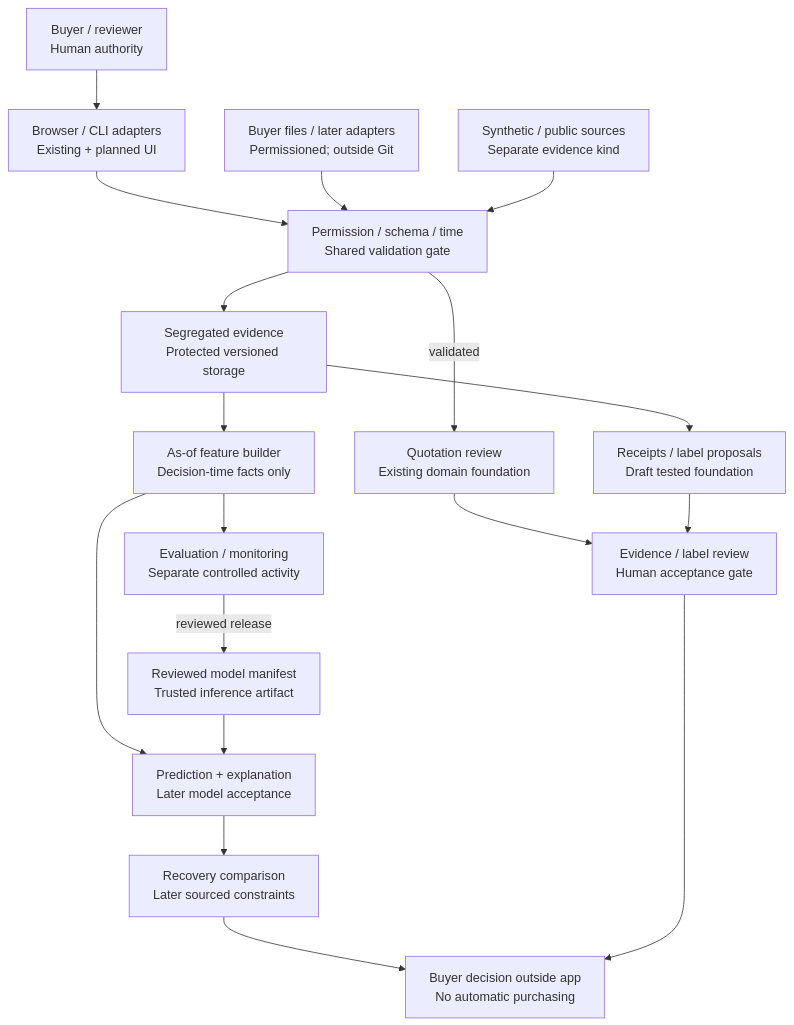
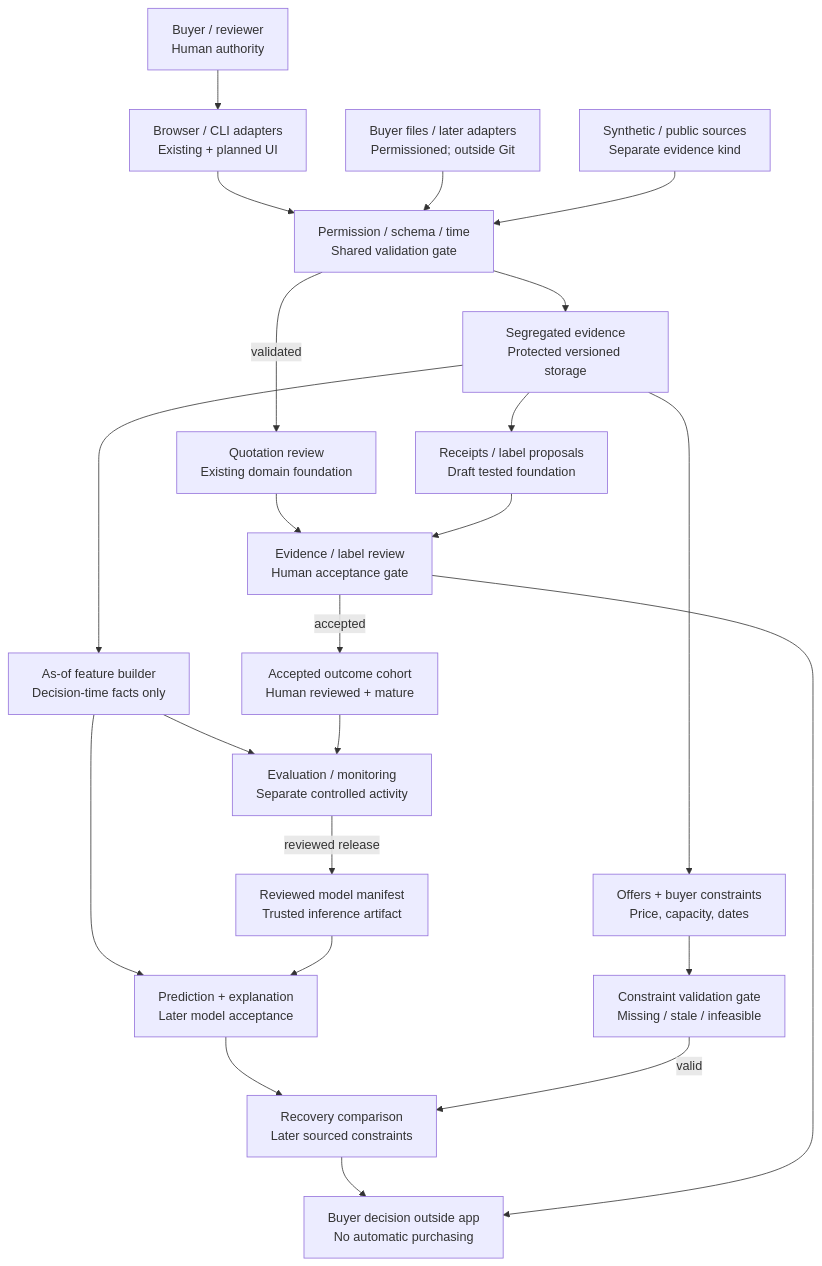
One commit to kasanket64-prog/procurement-project changed the first of 3 diagrams in docs/ARCHITECTURE.md. Above: the diagram before and after it, drawn with Mermaid. The commit also changed other lines of this file and 5 other files, not shown here.

Commit message:
docs: resolve SRS evaluation and architecture review gaps

````diff
--- a/docs/ARCHITECTURE.md
+++ b/docs/ARCHITECTURE.md
@@ -18,35 +18,43 @@
 ```mermaid
 flowchart TD
     buyer["Buyer / reviewer<br/>Human authority"]
     sources["Buyer files / later adapters<br/>Permissioned; outside Git"]
     demo["Synthetic / public sources<br/>Separate evidence kind"]
     ui["Browser / CLI adapters<br/>Existing + planned UI"]
     gate["Permission / schema / time<br/>Shared validation gate"]
     store["Segregated evidence<br/>Protected versioned storage"]
     quotes["Quotation review<br/>Existing domain foundation"]
     labels["Receipts / label proposals<br/>Draft tested foundation"]
     features["As-of feature builder<br/>Decision-time facts only"]
     review["Evidence / label review<br/>Human acceptance gate"]
+    cohort["Accepted outcome cohort<br/>Human reviewed + mature"]
     risk["Prediction + explanation<br/>Later model acceptance"]
+    constraints["Offers + buyer constraints<br/>Price, capacity, dates"]
+    constraint_gate["Constraint validation gate<br/>Missing / stale / infeasible"]
     monitor["Evaluation / monitoring<br/>Separate controlled activity"]
     decision["Buyer decision outside app<br/>No automatic purchasing"]
     recovery["Recovery comparison<br/>Later sourced constraints"]
     registry["Reviewed model manifest<br/>Trusted inference artifact"]
     buyer --> ui
     ui --> gate
     sources --> gate
     demo --> gate
     gate --> store
     gate -->|"validated"| quotes
     store --> labels
     store --> features
     quotes --> review
     labels --> review
     features --> monitor
+    review -->|"accepted"| cohort
+    cohort --> monitor
     features --> risk
     registry --> risk
     risk --> recovery
+    store --> constraints
+    constraints --> constraint_gate
+    constraint_gate -->|"valid"| recovery
     recovery --> decision
     review --> decision
     monitor -->|"reviewed release"| registry
 ```
````
